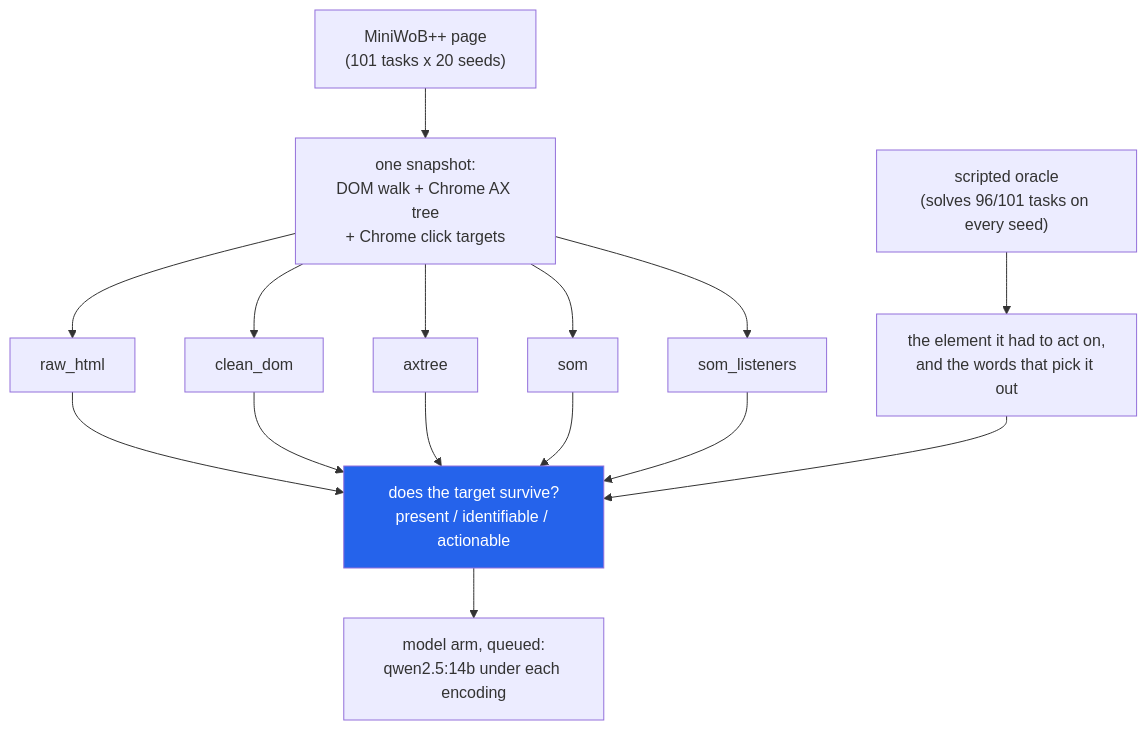
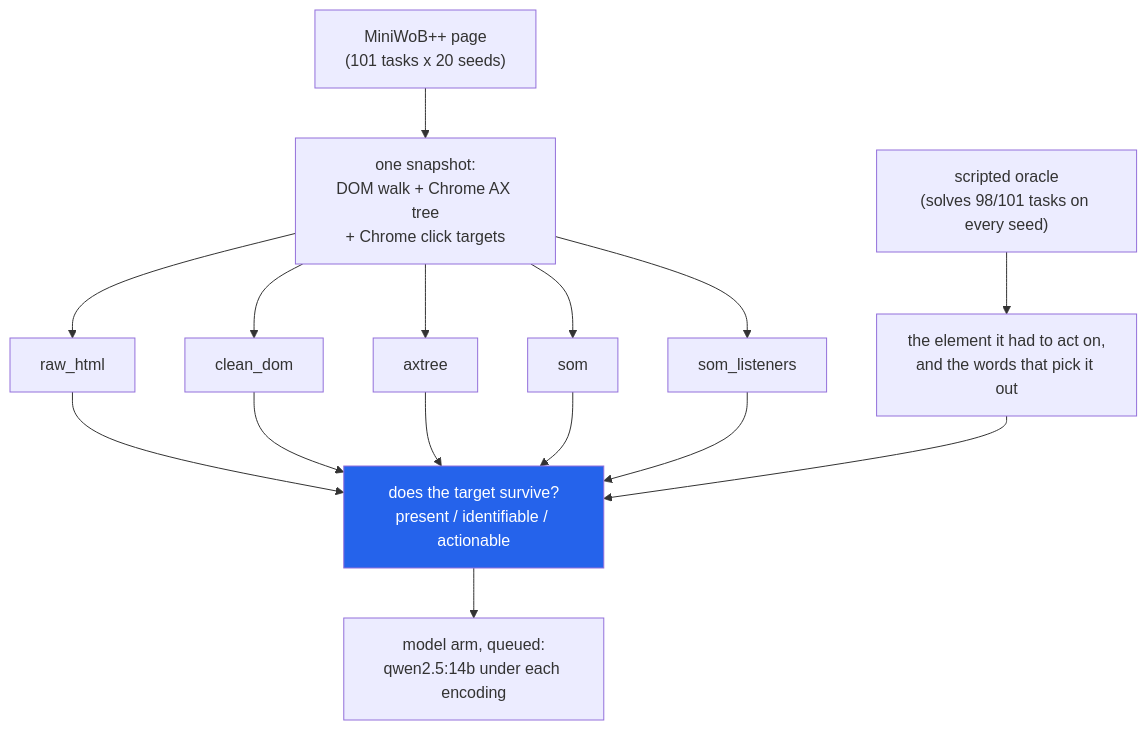
The diagram in README.md (hammasbuilds/browser-agent), drawn with Mermaid before and after one commit. The commit also changed other lines of this file and 7 other files, not shown here.

````diff
--- a/README.md
+++ b/README.md
@@ -29,19 +29,19 @@
 ```mermaid
 flowchart TD
     A["MiniWoB++ page<br/>(101 tasks x 20 seeds)"] --> B["one snapshot:<br/>DOM walk + Chrome AX tree<br/>+ Chrome click targets"]
     B --> C1["raw_html"]
     B --> C2["clean_dom"]
     B --> C3["axtree"]
     B --> C4["som"]
     B --> C5["som_listeners"]
-    O["scripted oracle<br/>(solves 96/101 tasks on every seed)"] --> T["the element it had to act on,<br/>and the words that pick it out"]
+    O["scripted oracle<br/>(solves 98/101 tasks on every seed)"] --> T["the element it had to act on,<br/>and the words that pick it out"]
     C1 --> S["does the target survive?<br/>present / identifiable / actionable"]
     C2 --> S
     C3 --> S
     C4 --> S
     C5 --> S
     T --> S
     S --> M["model arm, queued:<br/>qwen2.5:14b under each encoding"]
 
     style S fill:#2563eb,color:#fff
 ```
````
